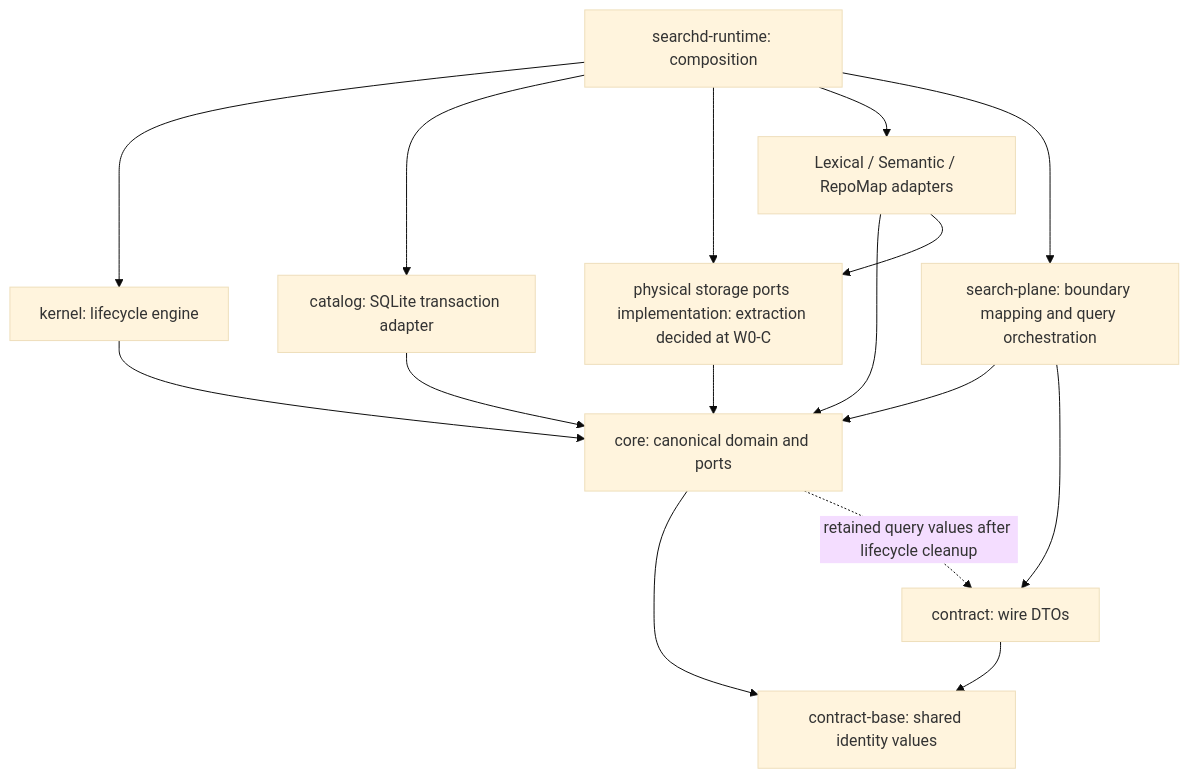
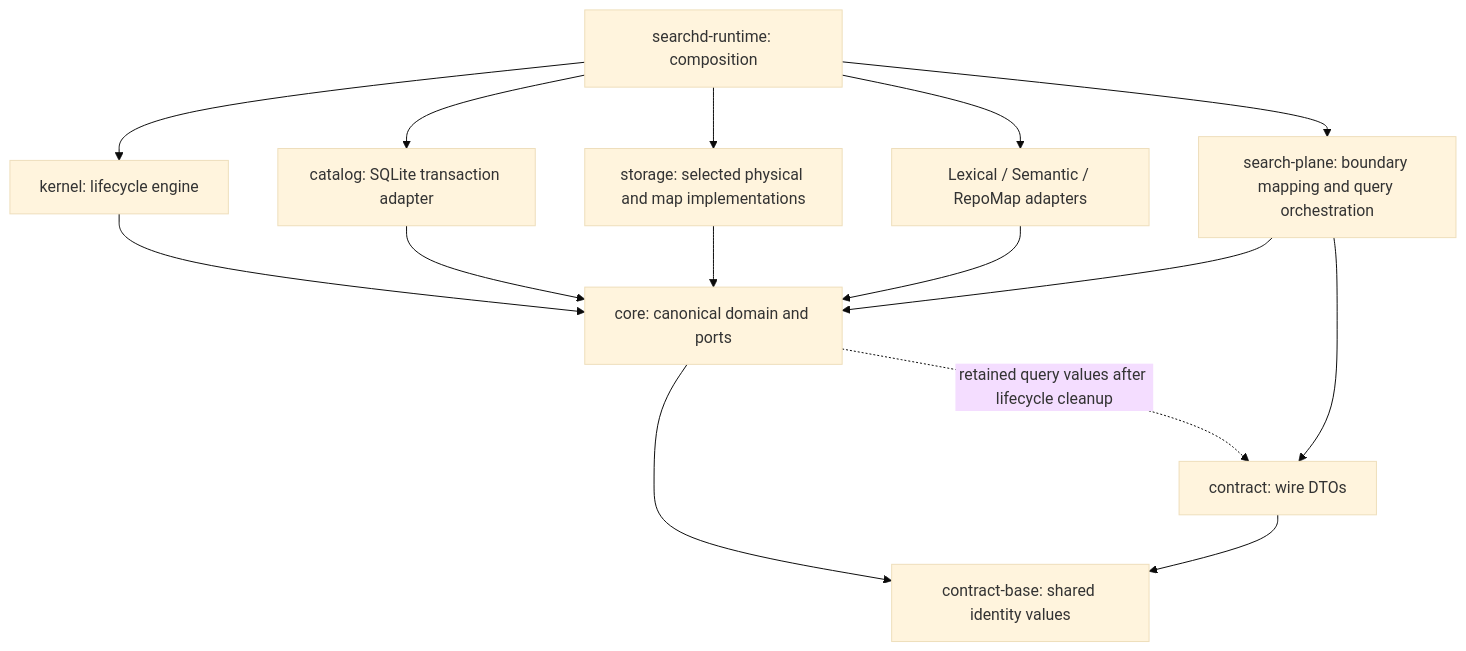
One commit to josongmin/quanta-index changed the sixth of 6 diagrams in docs/rfc/oct-10-native-incremental-vnext.md. Above: the diagram before and after it, drawn with Mermaid (base theme). The commit also changed other lines of this file and 1398 other files, not shown here.

````diff
--- a/docs/rfc/oct-10-native-incremental-vnext.md
+++ b/docs/rfc/oct-10-native-incremental-vnext.md
@@ -3389,18 +3519,17 @@
 ```mermaid
 flowchart TD
     W[contract: wire DTOs] --> B[contract-base: shared identity values]
     C[core: canonical domain and ports] --> B
     C -. retained query values after lifecycle cleanup .-> W
     K[kernel: lifecycle engine] --> C
     Q[catalog: SQLite transaction adapter] --> C
-    S[physical storage ports implementation: extraction decided at W0-C] --> C
+    S[storage: selected physical and map implementations] --> C
     A[Lexical / Semantic / RepoMap adapters] --> C
-    A --> S
     P[search-plane: boundary mapping and query orchestration] --> C
     P --> W
     D[searchd-runtime: composition] --> K
     D --> Q
     D --> S
     D --> A
     D --> P
 ```
````
